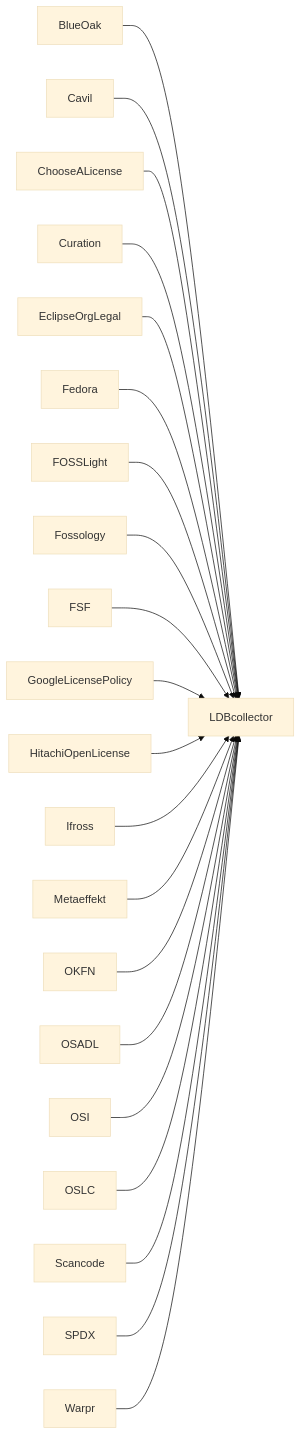
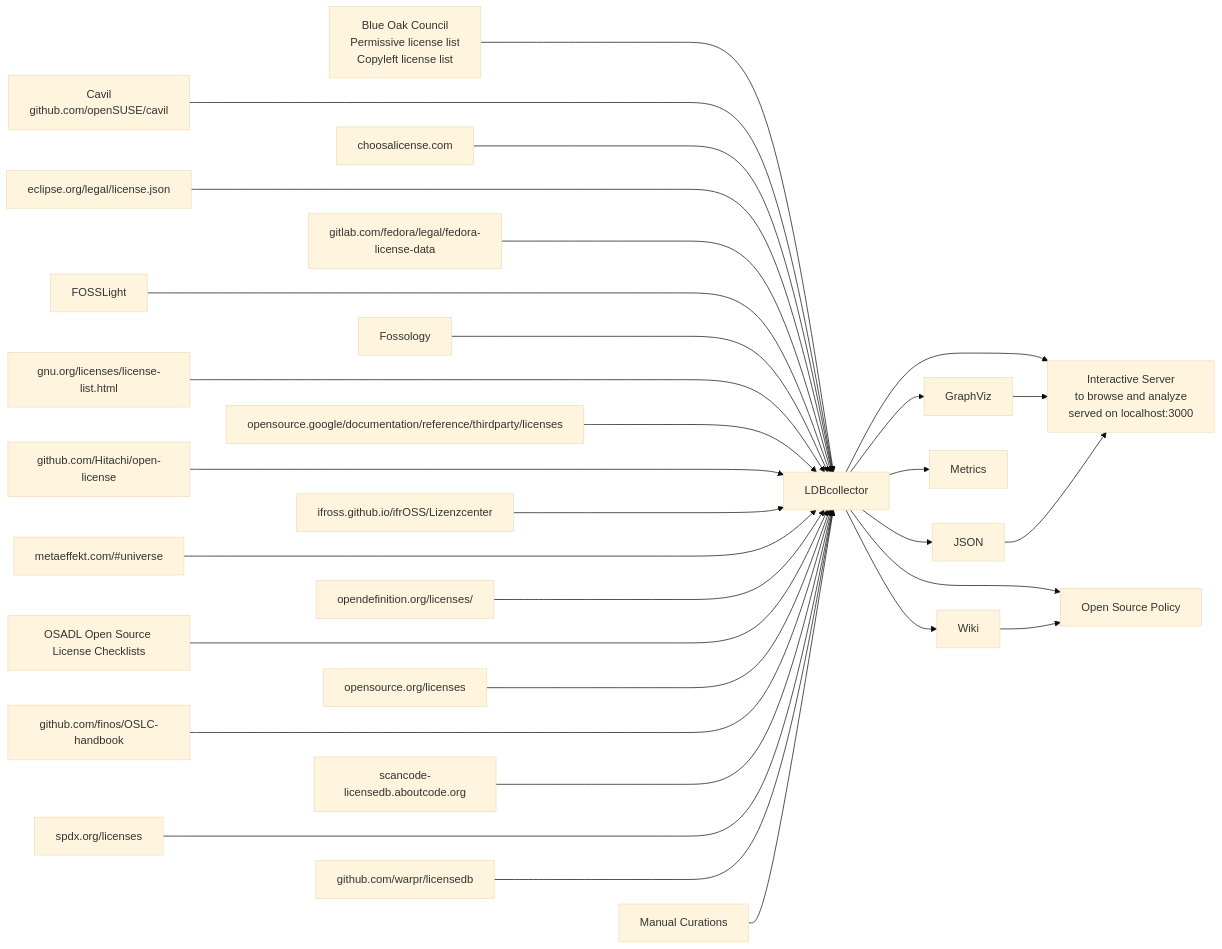
The diagram in README.md (maxhbr/LDBcollector), drawn with Mermaid (base theme) before and after one commit. The commit also changed other lines of this file, not shown here.

Commit message:
stack -> nix

````diff
--- a/README.md
+++ b/README.md
@@ -9,23 +13,34 @@
 ```mermaid
 graph LR
-BlueOak-->LDBcollector;
-Cavil-->LDBcollector;
-ChooseALicense-->LDBcollector;
-Curation-->LDBcollector;
-EclipseOrgLegal-->LDBcollector;
-Fedora-->LDBcollector;
-FOSSLight-->LDBcollector;
-Fossology-->LDBcollector;
-FSF-->LDBcollector;
-GoogleLicensePolicy-->LDBcollector;
-HitachiOpenLicense-->LDBcollector;
-Ifross-->LDBcollector;
-Metaeffekt-->LDBcollector;
-OKFN-->LDBcollector;
-OSADL-->LDBcollector;
-OSI-->LDBcollector;
-OSLC-->LDBcollector;
-Scancode-->LDBcollector;
-SPDX-->LDBcollector;
-Warpr-->LDBcollector;
+BlueOak["Blue Oak Council\nPermissive license list\nCopyleft license list"]--->LDBcollector;
+Cavil[Cavil\ngithub.com/openSUSE/cavil]---->LDBcollector;
+ChooseALicense[choosalicense.com]--->LDBcollector;
+EclipseOrgLegal[eclipse.org/legal/license.json]---->LDBcollector;
+Fedora[gitlab.com/fedora/legal/fedora-license-data]--->LDBcollector;
+FOSSLight---->LDBcollector;
+Fossology--->LDBcollector;
+FSF[gnu.org/licenses/license-list.html]---->LDBcollector;
+GoogleLicensePolicy[opensource.google/documentation/reference/thirdparty/licenses]--->LDBcollector;
+HitachiOpenLicense[github.com/Hitachi/open-license]---->LDBcollector;
+Ifross[ifross.github.io/ifrOSS/Lizenzcenter]--->LDBcollector;
+Metaeffekt[metaeffekt.com/#universe]---->LDBcollector;
+OKFN[opendefinition.org/licenses/]--->LDBcollector;
+OSADL[OSADL Open Source License Checklists]---->LDBcollector;
+OSI[opensource.org/licenses]--->LDBcollector;
+OSLC[github.com/finos/OSLC-handbook]---->LDBcollector;
+Scancode[scancode-licensedb.aboutcode.org]--->LDBcollector;
+SPDX[spdx.org/licenses]---->LDBcollector;
+Warpr[github.com/warpr/licensedb]--->LDBcollector;
+
+Curation["Manual Curations"]-->LDBcollector;
+
+LDBcollector-->GraphViz;
+LDBcollector-->JSON;
+LDBcollector-->Metrics;
+LDBcollector--->Server[Interactive Server\nto browse and analyze\nserved on localhost:3000];
+GraphViz --> Server;
+JSON --> Server;
+LDBcollector--> Wiki
+LDBcollector--->Policy[Open Source Policy]
+Wiki-->Policy
 ```
````
